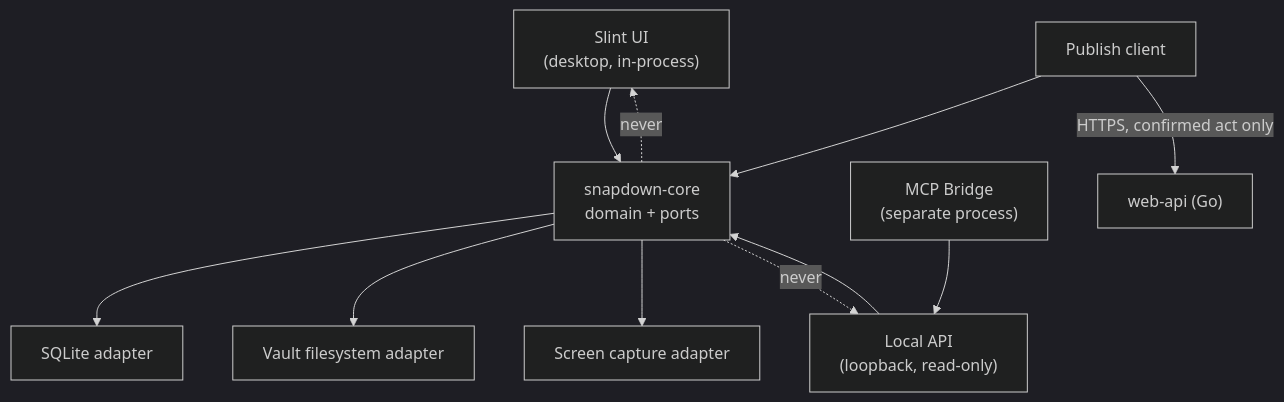
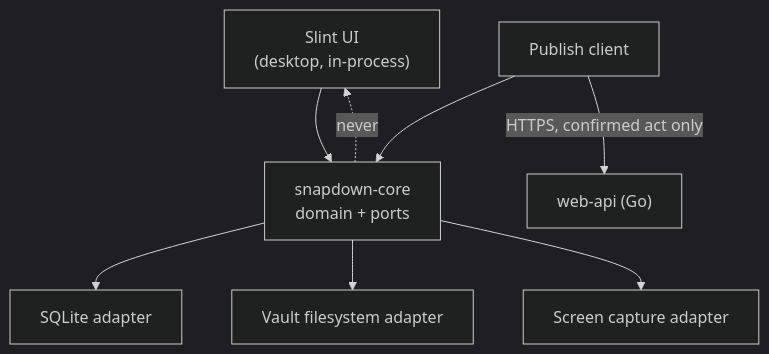
The first of 2 diagrams in .how/_platform/ARCHITECTURE-SPINE.md (wiradigitalid/snapdown), drawn with Mermaid (dark theme) before and after one commit. The commit also changed other lines of this file and 49 other files, not shown here.

````diff
--- a/.how/_platform/ARCHITECTURE-SPINE.md
+++ b/.how/_platform/ARCHITECTURE-SPINE.md
@@ -52,13 +53,10 @@
 ```mermaid
 graph TD
     UI["Slint UI<br/>(desktop, in-process)"] --> CORE["snapdown-core<br/>domain + ports"]
-    API["Local API<br/>(loopback, read-only)"] --> CORE
     PUB["Publish client"] --> CORE
     CORE --> STORE["SQLite adapter"]
     CORE --> BLOB["Vault filesystem adapter"]
     CORE --> CAP["Screen capture adapter"]
-    BRIDGE["MCP Bridge<br/>(separate process)"] --> API
     PUB -->|"HTTPS, confirmed act only"| WEB["web-api (Go)"]
     CORE -.->|"never"| UI
-    CORE -.->|"never"| API
 ```
````
